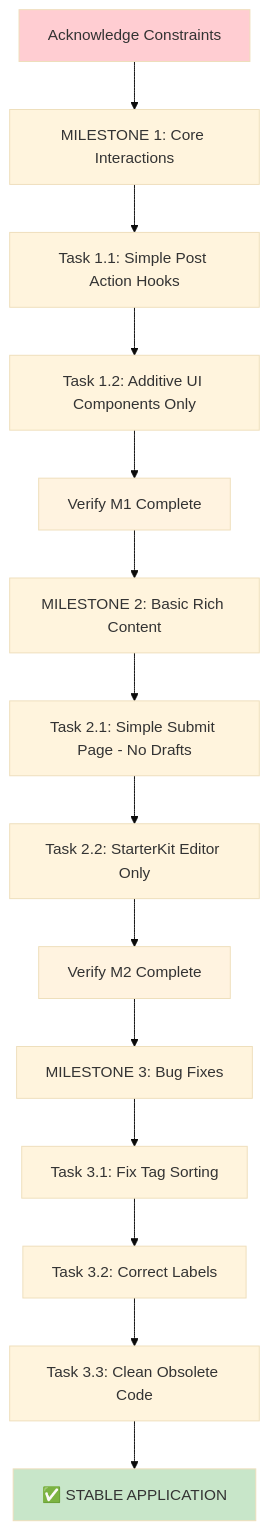
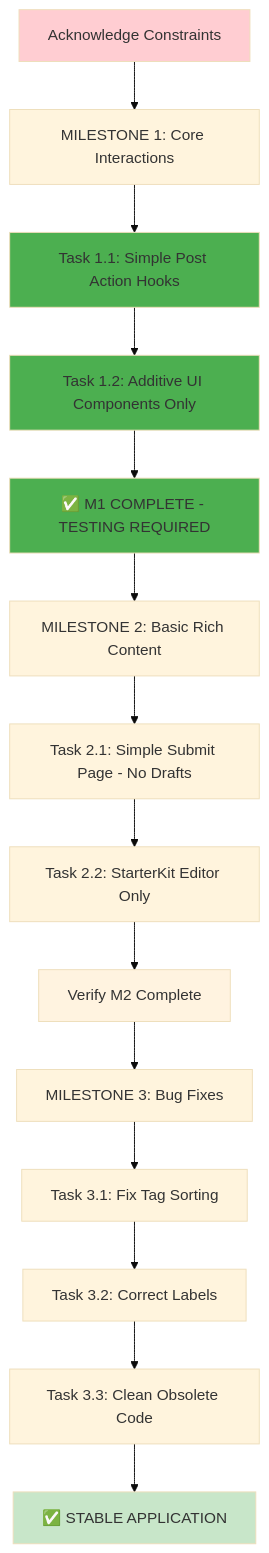
One commit to AltKhyin/app-documentation-compass changed the diagram in docs/README-BÍBLIA.md. Above: the diagram before and after it, drawn with Mermaid (base theme). The commit also changed other lines of this file and 4 other files, not shown here.

````diff
--- a/docs/README-BÍBLIA.md
+++ b/docs/README-BÍBLIA.md
@@ -329,25 +307,27 @@
 ```mermaid
 graph TD
     A[Acknowledge Constraints] --> B[MILESTONE 1: Core Interactions]
     
-    B --> C[Task 1.1: Simple Post Action Hooks]
+    B --> C[Task 1.1: Simple Post Action Hooks] 
     C --> D[Task 1.2: Additive UI Components Only]
     
-    D --> E[Verify M1 Complete] --> F[MILESTONE 2: Basic Rich Content]
+    D --> E[✅ M1 COMPLETE - TESTING REQUIRED] --> F[MILESTONE 2: Basic Rich Content]
     
     F --> G[Task 2.1: Simple Submit Page - No Drafts]
     G --> H[Task 2.2: StarterKit Editor Only]
     
     H --> I[Verify M2 Complete] --> J[MILESTONE 3: Bug Fixes]
     
     J --> K[Task 3.1: Fix Tag Sorting]
     K --> L[Task 3.2: Correct Labels]
     L --> M[Task 3.3: Clean Obsolete Code]
     
     M --> N[✅ STABLE APPLICATION]
     
     style A fill:#ffcdd2
-    style E fill:#fff3e0
+    style E fill:#4caf50
     style I fill:#fff3e0
     style N fill:#c8e6c9
+    style C fill:#4caf50
+    style D fill:#4caf50
 ```
````
